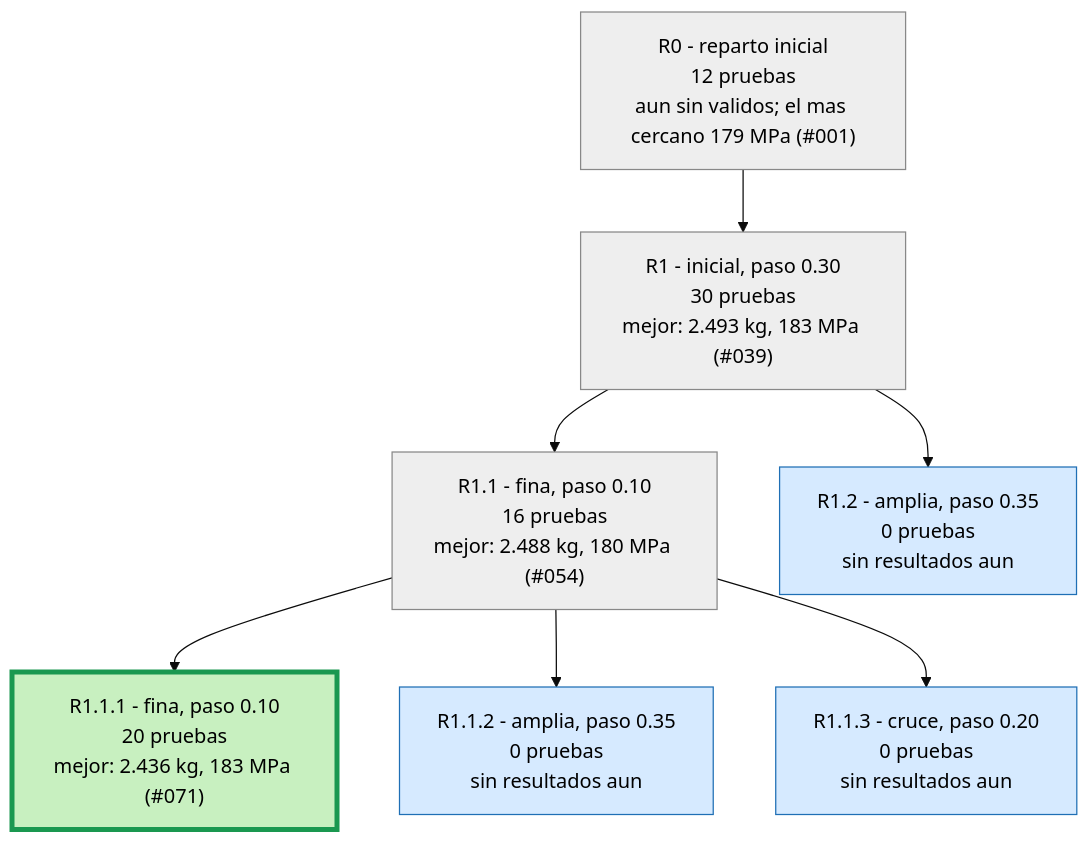
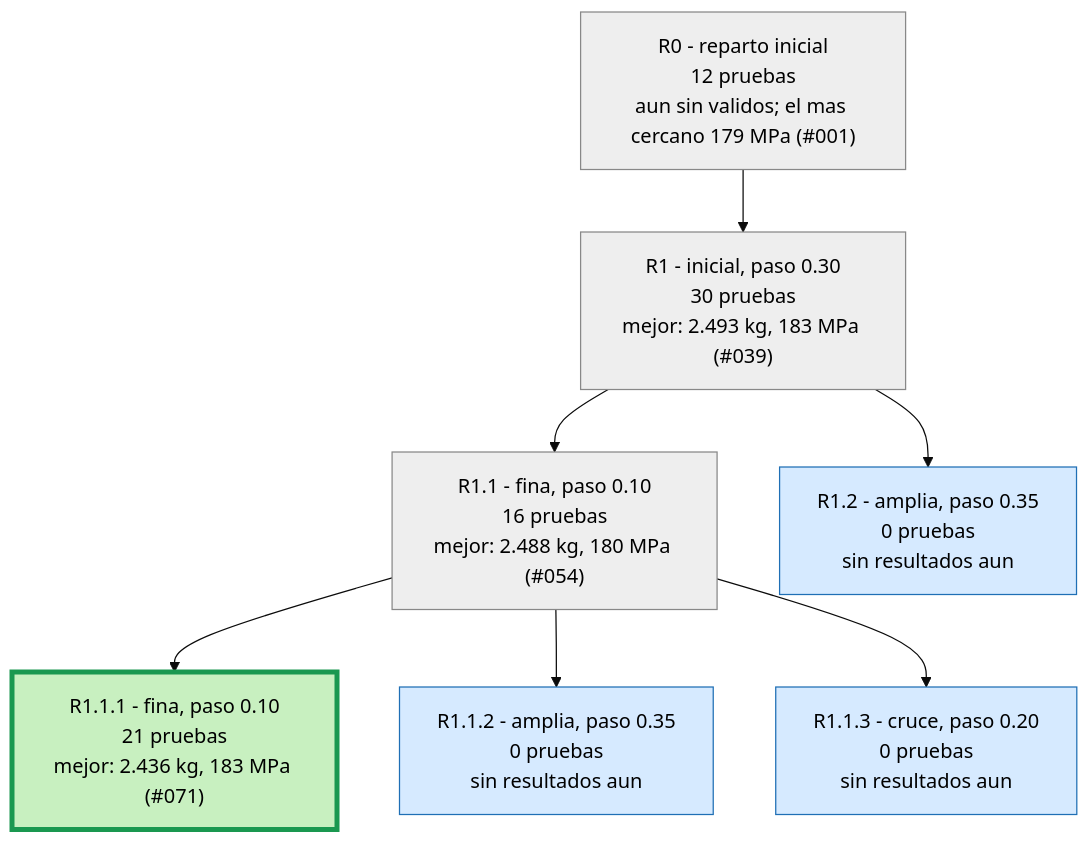
Before and after one commit to Hugiko/msd-soporte-optimizacion: the second of 3 diagrams in runs/opt_37800N/ARBOL.md, drawn with Mermaid (base theme). The commit also changed 45 other files, not shown here.

````diff
--- a/runs/opt_37800N/ARBOL.md
+++ b/runs/opt_37800N/ARBOL.md
@@ -25,19 +25,19 @@
 ```mermaid
 graph TD
 classDef activa fill:#d6eaff,stroke:#1f6fb5,color:#000
 classDef fin fill:#eeeeee,stroke:#888,color:#000
 classDef mejor fill:#c8f0c0,stroke:#1a9850,stroke-width:4px,color:#000
 R0["R0 - reparto inicial<br/>12 pruebas<br/>aun sin validos; el mas cercano 179 MPa (#001)"]:::fin
 R1["R1 - inicial, paso 0.30<br/>30 pruebas<br/>mejor: 2.493 kg, 183 MPa (#039)"]:::fin
 R0 --> R1
 R1_1["R1.1 - fina, paso 0.10<br/>16 pruebas<br/>mejor: 2.488 kg, 180 MPa (#054)"]:::fin
 R1 --> R1_1
 R1_2["R1.2 - amplia, paso 0.35<br/>0 pruebas<br/>sin resultados aun"]:::activa
 R1 --> R1_2
-R1_1_1["R1.1.1 - fina, paso 0.10<br/>20 pruebas<br/>mejor: 2.436 kg, 183 MPa (#071)"]:::mejor
+R1_1_1["R1.1.1 - fina, paso 0.10<br/>21 pruebas<br/>mejor: 2.436 kg, 183 MPa (#071)"]:::mejor
 R1_1 --> R1_1_1
 R1_1_2["R1.1.2 - amplia, paso 0.35<br/>0 pruebas<br/>sin resultados aun"]:::activa
 R1_1 --> R1_1_2
 R1_1_3["R1.1.3 - cruce, paso 0.20<br/>0 pruebas<br/>sin resultados aun"]:::activa
 R1_1 --> R1_1_3
 ```
````
